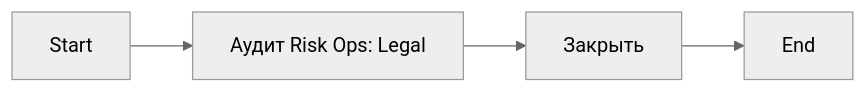
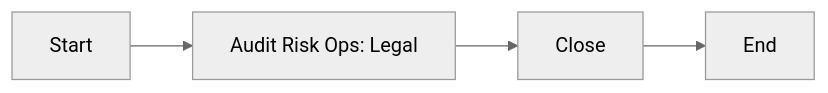
The third of 3 diagrams in examples/dist/docs/template-nested.md (bnku/mdmm), drawn with Mermaid (neutral theme) before and after one commit. The commit also changed other lines of this file and 20 other files, not shown here.

First line of the commit message:
refactor(core): rename whole-diagram to diagram terminology

````diff
--- a/examples/dist/docs/template-nested.md
+++ b/examples/dist/docs/template-nested.md
@@ -26,7 +26,7 @@
 ```mermaid
 flowchart LR
 Start --> lane__entry
-lane__entry["Аудит Risk Ops: Legal"]
-lane__entry --> lane__done["Закрыть"]
+lane__entry["Audit Risk Ops: Legal"]
+lane__entry --> lane__done["Close"]
 lane__done --> End
 ```
````
